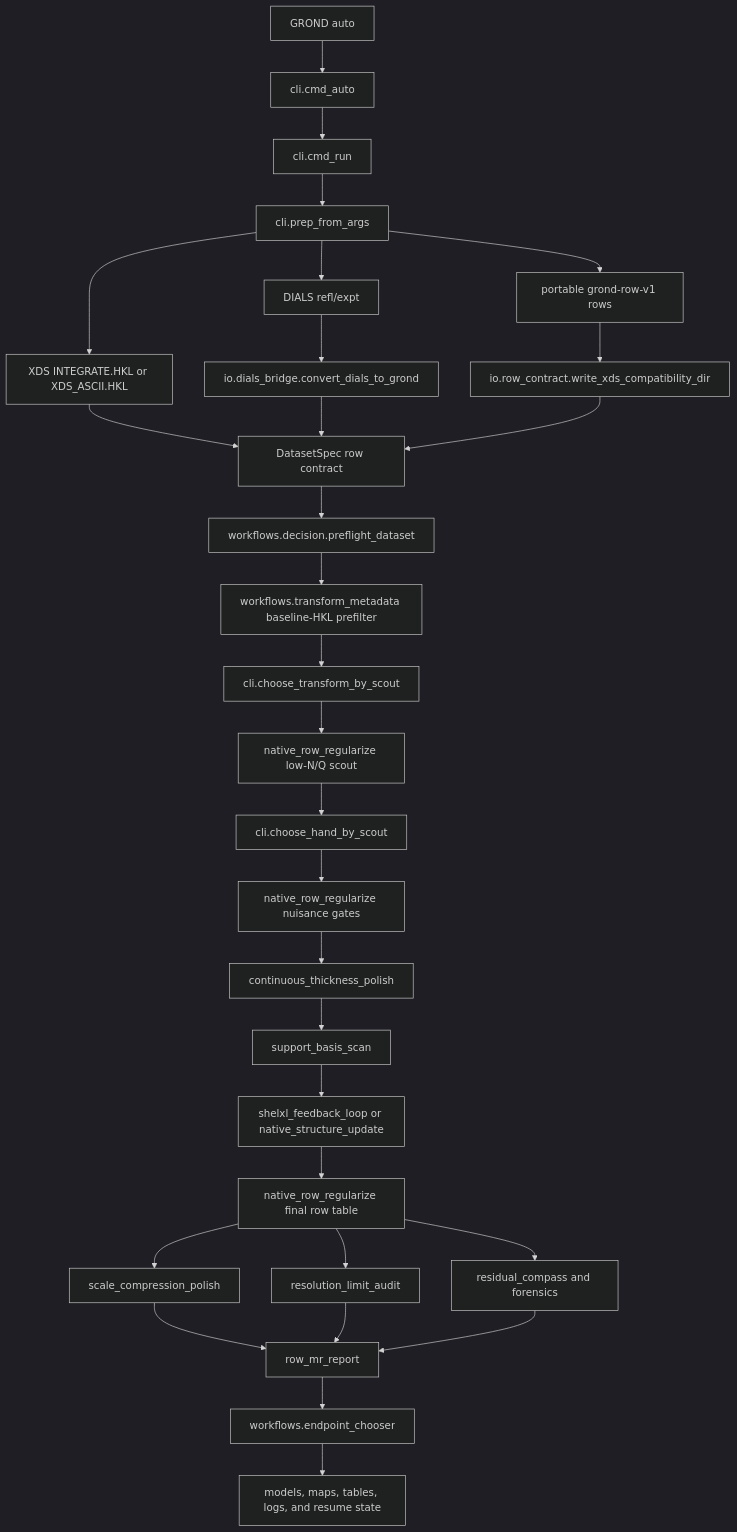
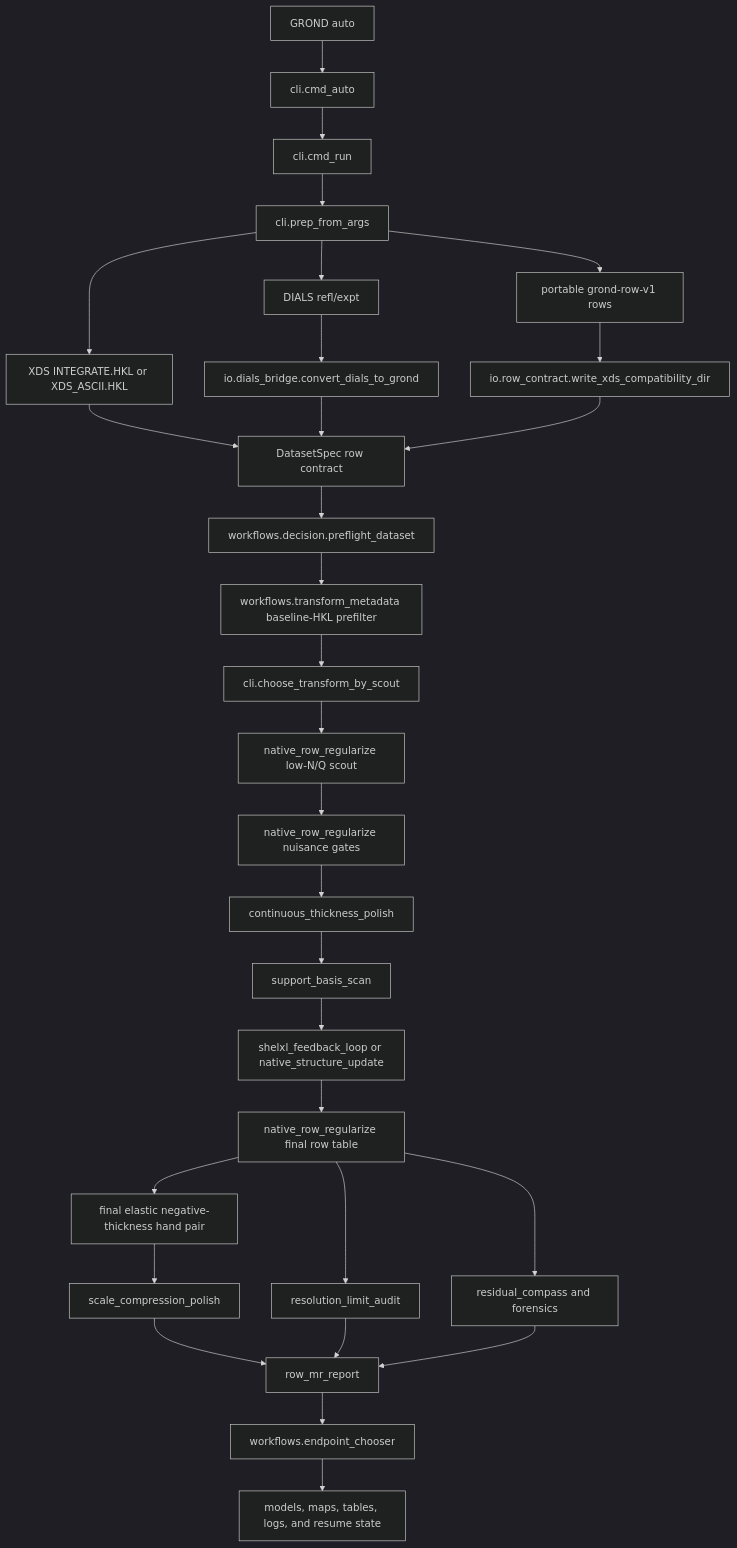
One commit to Martynowycz-Lab/GROND changed the first of 2 diagrams in docs/CODE_MAP.md. Above: the diagram before and after it, drawn with Mermaid (dark theme). The commit also changed 15 other files, not shown here.

````diff
--- a/docs/CODE_MAP.md
+++ b/docs/CODE_MAP.md
@@ -64,32 +64,32 @@
 ```mermaid
 flowchart TD
     A["GROND auto"] --> B["cli.cmd_auto"]
     B --> C["cli.cmd_run"]
     C --> D["cli.prep_from_args"]
     D --> E["XDS INTEGRATE.HKL or XDS_ASCII.HKL"]
     D --> F["DIALS refl/expt"]
     D --> Y["portable grond-row-v1 rows"]
     F --> G["io.dials_bridge.convert_dials_to_grond"]
     Y --> Z["io.row_contract.write_xds_compatibility_dir"]
     E --> H["DatasetSpec row contract"]
     G --> H
     Z --> H
     H --> I["workflows.decision.preflight_dataset"]
     I --> J["workflows.transform_metadata baseline-HKL prefilter"]
     J --> K["cli.choose_transform_by_scout"]
     K --> L["native_row_regularize low-N/Q scout"]
-    L --> M["cli.choose_hand_by_scout"]
-    M --> N["native_row_regularize nuisance gates"]
+    L --> N["native_row_regularize nuisance gates"]
     N --> O["continuous_thickness_polish"]
     O --> P["support_basis_scan"]
     P --> Q["shelxl_feedback_loop or native_structure_update"]
     Q --> R["native_row_regularize final row table"]
-    R --> S["scale_compression_polish"]
+    R --> HN["final elastic negative-thickness hand pair"]
+    HN --> S["scale_compression_polish"]
     R --> T["resolution_limit_audit"]
     R --> U["residual_compass and forensics"]
     S --> V["row_mr_report"]
     T --> V
     U --> V
     V --> W["workflows.endpoint_chooser"]
     W --> X["models, maps, tables, logs, and resume state"]
 ```
````
